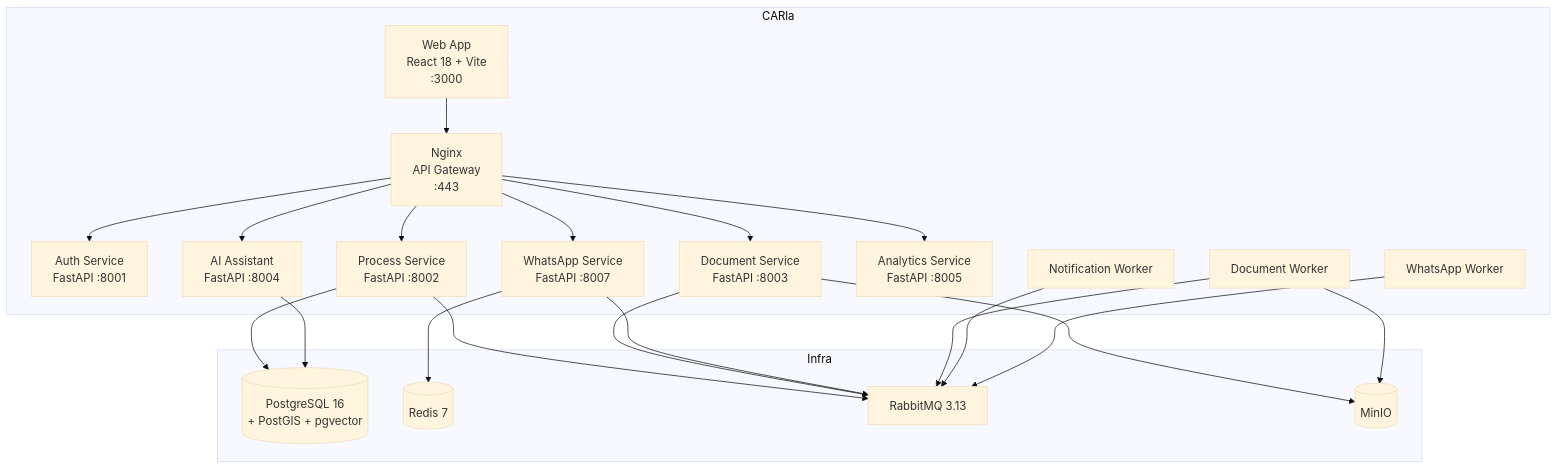
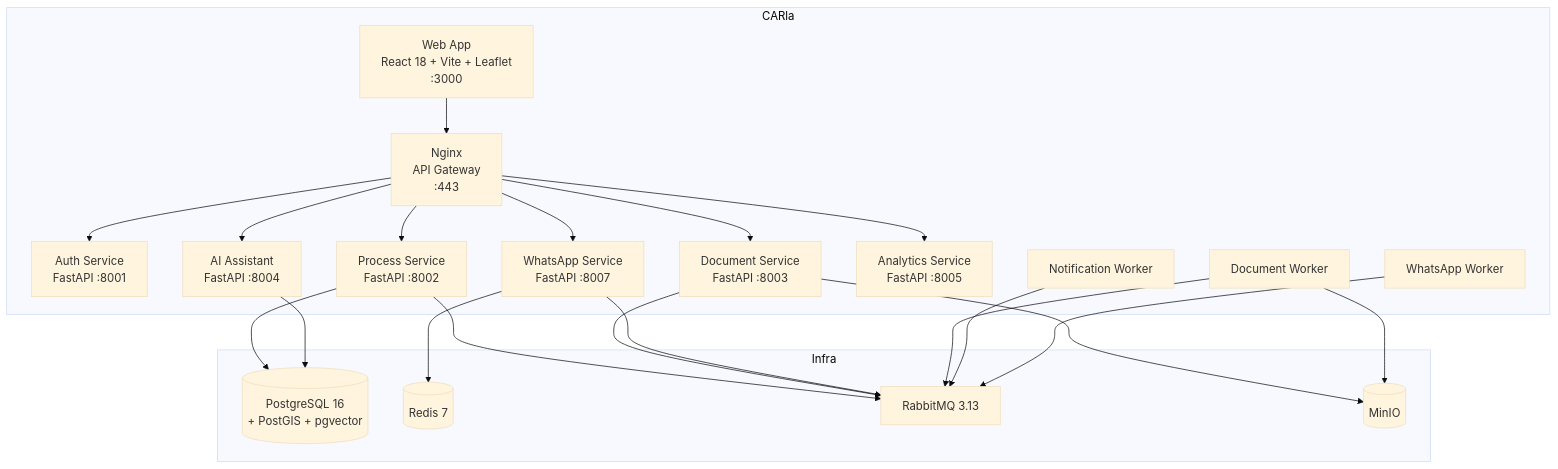
The second of 2 diagrams in website/docs/arquitetura/visao-geral.md (gresas/carla-cadastro-rural), drawn with Mermaid (base theme) before and after one commit. The commit also changed other lines of this file and 14 other files, not shown here.

````diff
--- a/website/docs/arquitetura/visao-geral.md
+++ b/website/docs/arquitetura/visao-geral.md
@@ -34,42 +33,42 @@
 ```mermaid
 graph TB
     subgraph CARla
-        WEB["Web App\nReact 18 + Vite\n:3000"]
+        WEB["Web App\nReact 18 + Vite + Leaflet\n:3000"]
         NGX["Nginx\nAPI Gateway\n:443"]
         AUTH["Auth Service\nFastAPI :8001"]
         PROC["Process Service\nFastAPI :8002"]
         DOC["Document Service\nFastAPI :8003"]
         AI["AI Assistant\nFastAPI :8004"]
         WPP["WhatsApp Service\nFastAPI :8007"]
         ANA["Analytics Service\nFastAPI :8005"]
         DW["Document Worker"]
         NW["Notification Worker"]
         WW["WhatsApp Worker"]
     end
 
     subgraph Infra
         PG[(PostgreSQL 16\n+ PostGIS + pgvector)]
         RD[(Redis 7)]
         RMQ[RabbitMQ 3.13]
         MN[(MinIO)]
     end
 
     WEB --> NGX
     NGX --> AUTH
     NGX --> PROC
     NGX --> DOC
     NGX --> AI
     NGX --> WPP
     NGX --> ANA
     PROC --> PG
     PROC --> RMQ
     DOC --> MN
     DOC --> RMQ
     AI --> PG
     WPP --> RD
     WPP --> RMQ
     DW --> RMQ
     DW --> MN
     NW --> RMQ
     WW --> RMQ
 ```
````
